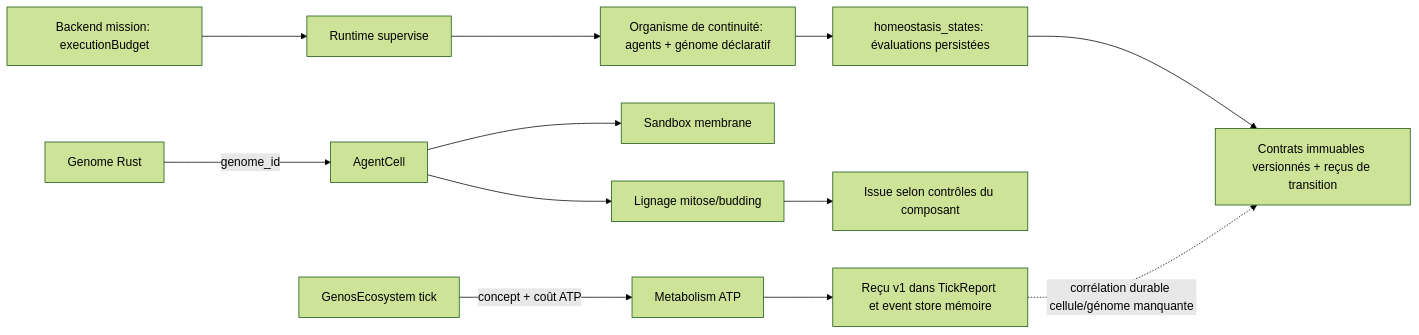
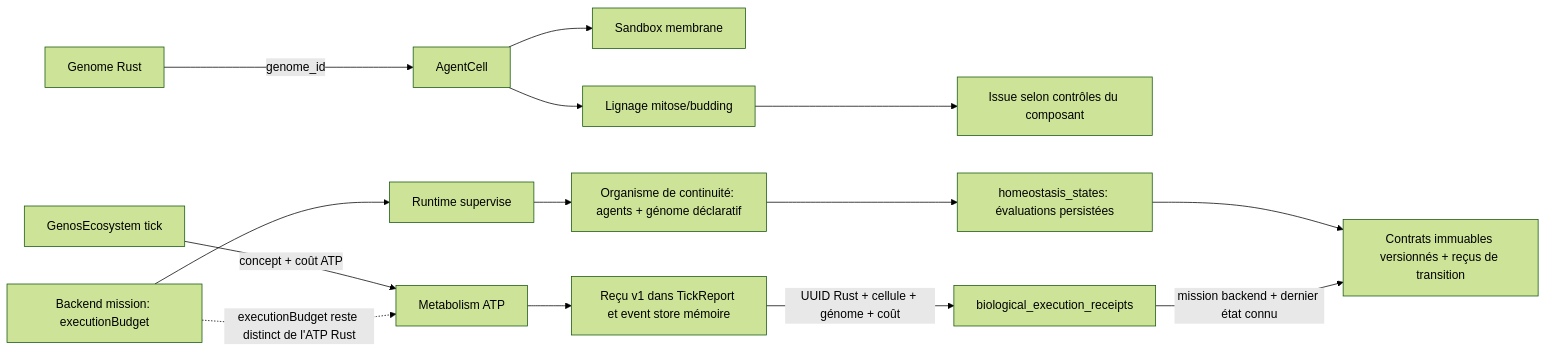
One commit to PISSARAW/GenOS changed the diagram in docs/01-concepts/biologie-computationnelle.md. Above: the diagram before and after it, drawn with Mermaid (forest theme). The commit also changed other lines of this file and 20 other files, not shown here.

````diff
--- a/docs/01-concepts/biologie-computationnelle.md
+++ b/docs/01-concepts/biologie-computationnelle.md
@@ -50,14 +50,16 @@
 ```mermaid
 flowchart LR
     G[Genome Rust] -->|genome_id| C[AgentCell]
     T[GenosEcosystem tick] -->|concept + coût ATP| M[Metabolism ATP]
     C --> S[Sandbox membrane]
     C --> L[Lignage mitose/budding]
     M --> R[Reçu v1 dans TickReport et event store mémoire]
     L --> LT[Issue selon contrôles du composant]
     B[Backend mission: executionBudget] --> X[Runtime supervise]
     X --> O[Organisme de continuité: agents + génome déclaratif]
     O --> H[homeostasis_states: évaluations persistées]
     H --> HC[Contrats immuables versionnés + reçus de transition]
-    R -. corrélation durable cellule/génome manquante .-> HC
+    R -->|UUID Rust + cellule + génome + coût| DB[biological_execution_receipts]
+    DB -->|mission backend + dernier état connu| HC
+    B -. executionBudget reste distinct de l'ATP Rust .-> M
 ```
````
